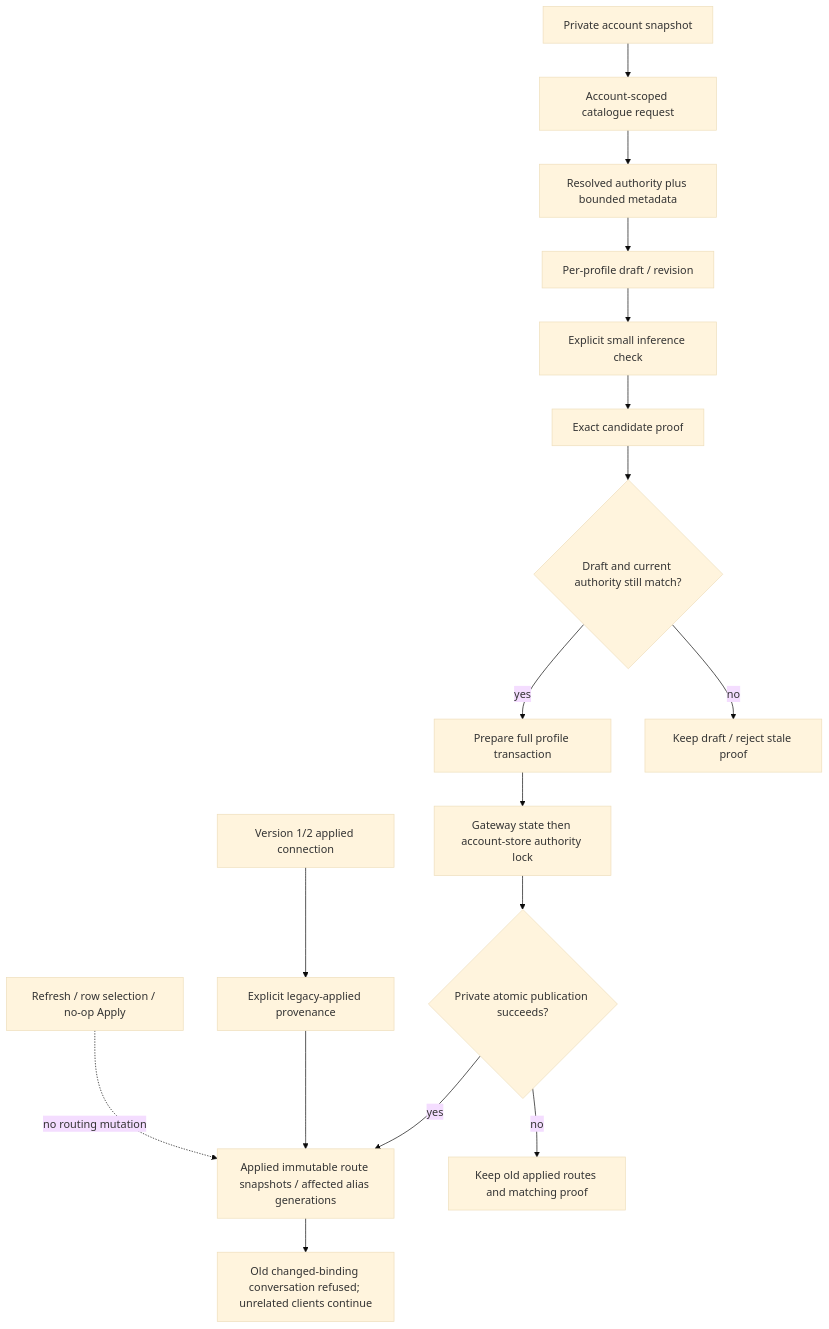
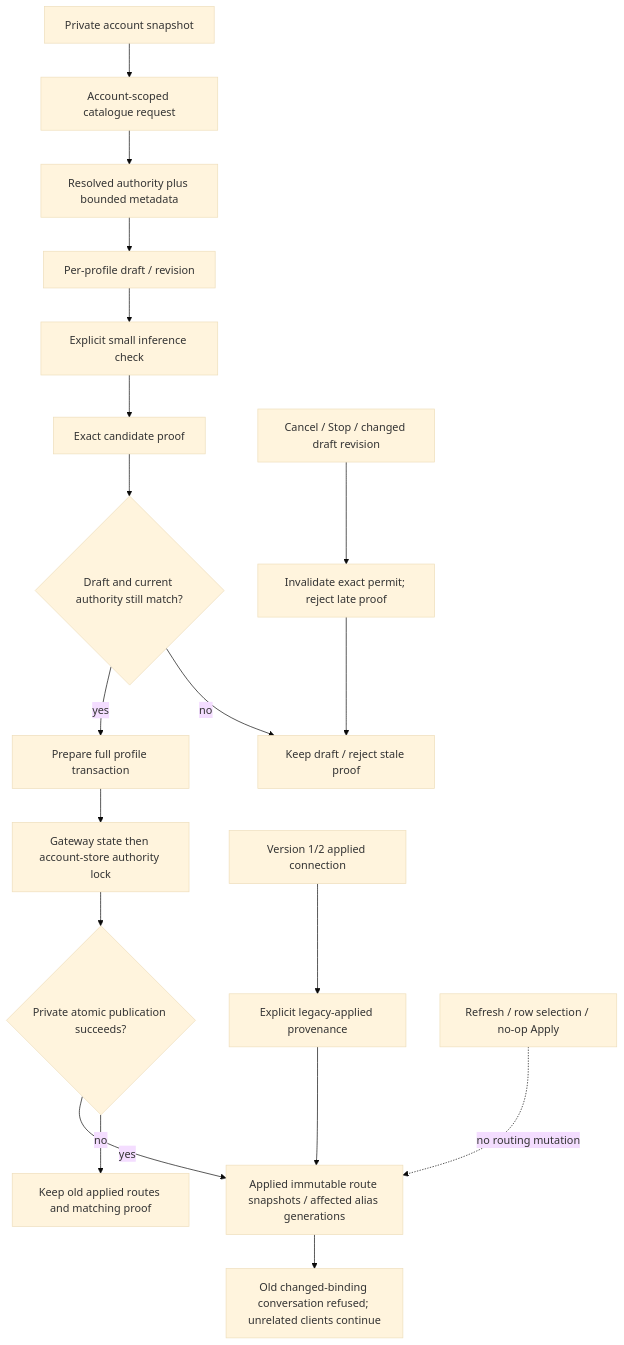
One commit to partnernetsoftware/minicon changed the diagram in prd/PRD_02_31_01_02_01_connection_selection.md. Above: the diagram before and after it, drawn with Mermaid (base theme). The commit also changed other lines of this file and 9 other files, not shown here.

````diff
--- a/prd/PRD_02_31_01_02_01_connection_selection.md
+++ b/prd/PRD_02_31_01_02_01_connection_selection.md
@@ -51,19 +51,21 @@
 ```mermaid
 flowchart TD
     A[Private account snapshot] --> C[Account-scoped catalogue request]
     C --> R[Resolved authority plus bounded metadata]
     R --> D[Per-profile draft / revision]
     D --> V[Explicit small inference check]
     V --> P[Exact candidate proof]
     P --> G{Draft and current authority still match?}
+    STOP[Cancel / Stop / changed draft revision] --> INVALID[Invalidate exact permit; reject late proof]
+    INVALID --> KEEP
     G -->|yes| T[Prepare full profile transaction]
     G -->|no| KEEP[Keep draft / reject stale proof]
     T --> LOCK[Gateway state then account-store authority lock]
     LOCK --> SAVE{Private atomic publication succeeds?}
     SAVE -->|yes| LIVE[Applied immutable route snapshots / affected alias generations]
     SAVE -->|no| RETRY[Keep old applied routes and matching proof]
     OLD[Version 1/2 applied connection] --> LEG[Explicit legacy-applied provenance]
     LEG --> LIVE
     META[Refresh / row selection / no-op Apply] -. no routing mutation .-> LIVE
     LIVE --> PIN[Old changed-binding conversation refused; unrelated clients continue]
 ```
````
